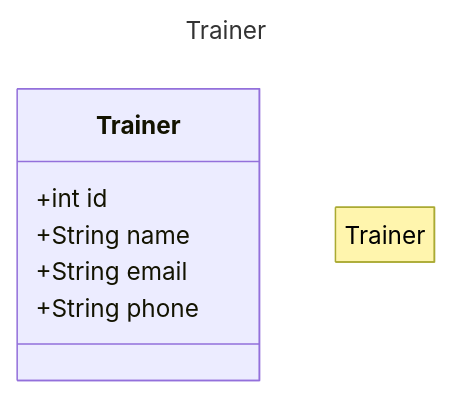
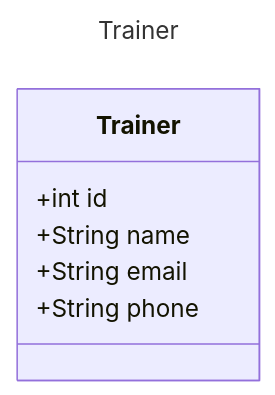
One commit to aahWeb/SYMFONY changed the second of 2 diagrams in chap2_model.md. Above: the diagram before and after it, drawn with Mermaid.

Commit message:
chap2 bug mermaid

````diff
--- a/chap2_model.md
+++ b/chap2_model.md
@@ -61,12 +61,11 @@
 ```mermaid
 ---
 title: Trainer
 ---
 classDiagram
-    note "Trainer"
     Trainer : +int id
     Trainer : +String name
     Trainer : +String email
     Trainer : +String phone
     
 ```
````
